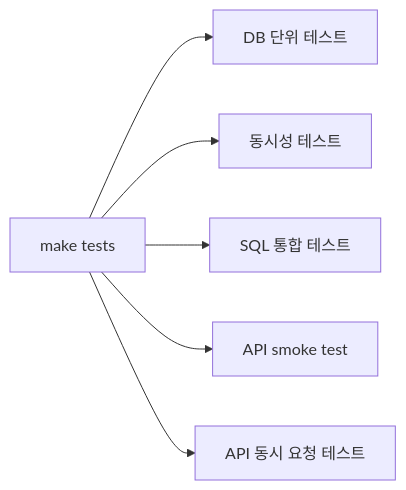
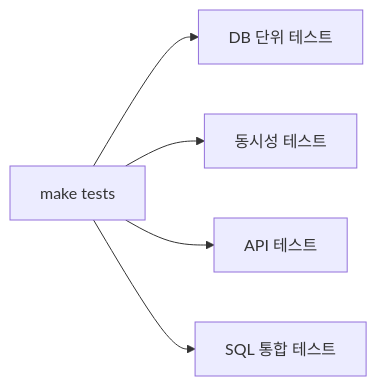
One commit to leejunhee8235/mini_dbms changed the sixth of 6 diagrams in presentation.md. Above: the diagram before and after it, drawn with Mermaid. The commit also changed other lines of this file, not shown here.

````diff
--- a/presentation.md
+++ b/presentation.md
@@ -307,8 +259,13 @@
 ```mermaid
 flowchart LR
-    A["make tests"] --> B["DB 단위 테스트"]
-    A --> C["동시성 테스트"]
-    A --> D["SQL 통합 테스트"]
-    A --> E["API smoke test"]
-    A --> F["API 동시 요청 테스트"]
+    TEST["make tests"]
+    DB["DB 단위 테스트"]
+    CON["동시성 테스트"]
+    API["API 테스트"]
+    E2E["SQL 통합 테스트"]
+
+    TEST --> DB
+    TEST --> CON
+    TEST --> API
+    TEST --> E2E
 ```
````
